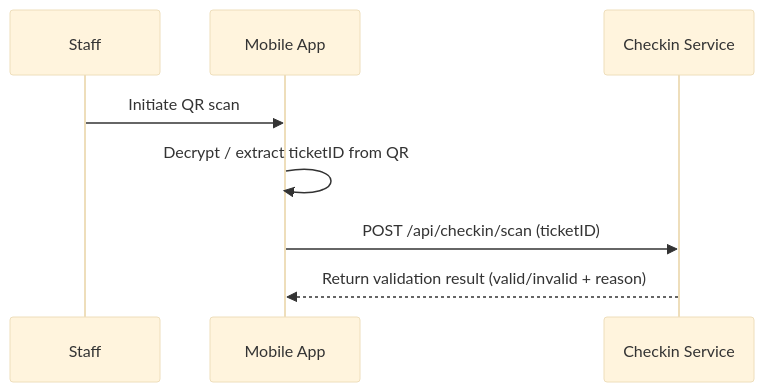
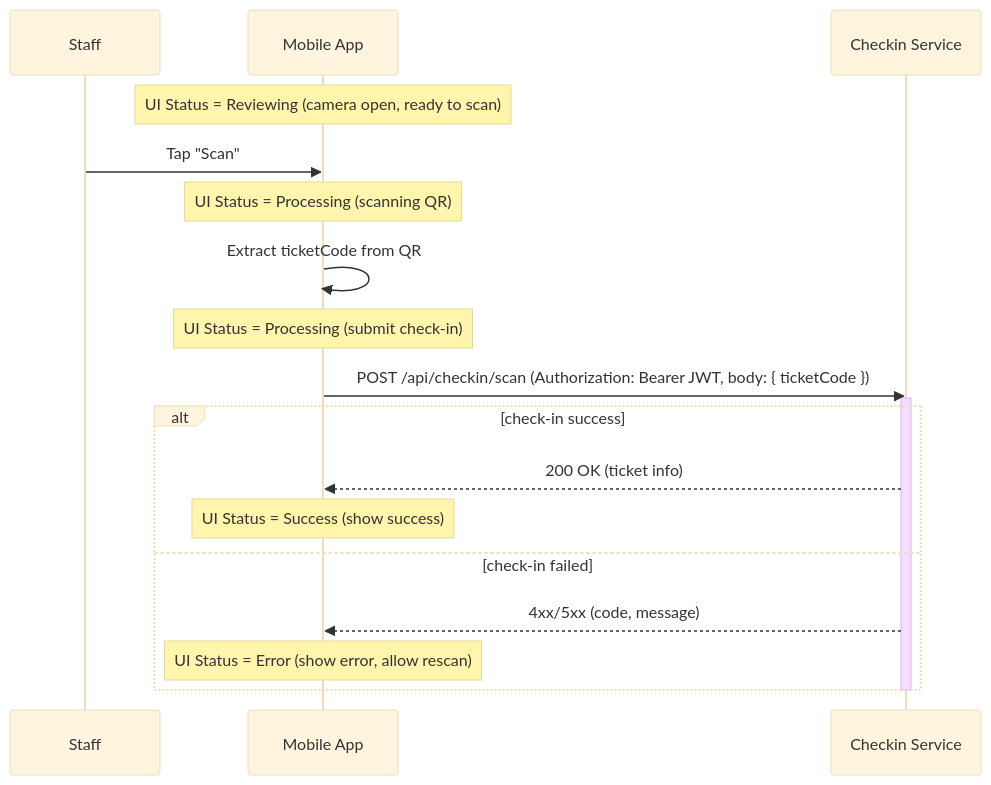
One commit to SDN-Group5/Event-Ticketing-Platform changed diagram 23 of 29 in doc/UML/Phuoc_PaymentCheckin.md. Above: the diagram before and after it, drawn with Mermaid (base theme). The commit also changed other lines of this file and 5 other files, not shown here.

````diff
--- a/doc/UML/Phuoc_PaymentCheckin.md
+++ b/doc/UML/Phuoc_PaymentCheckin.md
@@ -333,10 +850,23 @@
 ```mermaid
 sequenceDiagram
     participant S as Staff
     participant M as Mobile App
     participant C as Checkin Service
-    S->>M: Initiate QR scan
-    M->>M: Decrypt / extract ticketID from QR
-    M->>C: POST /api/checkin/scan (ticketID)
-    C-->>M: Return validation result (valid/invalid + reason)
+    Note over M: UI Status = Reviewing (camera open, ready to scan)
+    S->>M: Tap "Scan"
+    Note over M: UI Status = Processing (scanning QR)
+    M->>M: Extract ticketCode from QR
+
+    Note over M: UI Status = Processing (submit check-in)
+    M->>C: POST /api/checkin/scan (Authorization: Bearer JWT, body: { ticketCode })
+    activate C
+
+    alt check-in success
+        C-->>M: 200 OK (ticket info)
+        Note over M: UI Status = Success (show success)
+    else check-in failed
+        C-->>M: 4xx/5xx (code, message)
+        Note over M: UI Status = Error (show error, allow rescan)
+    end
+    deactivate C
 ```
````
